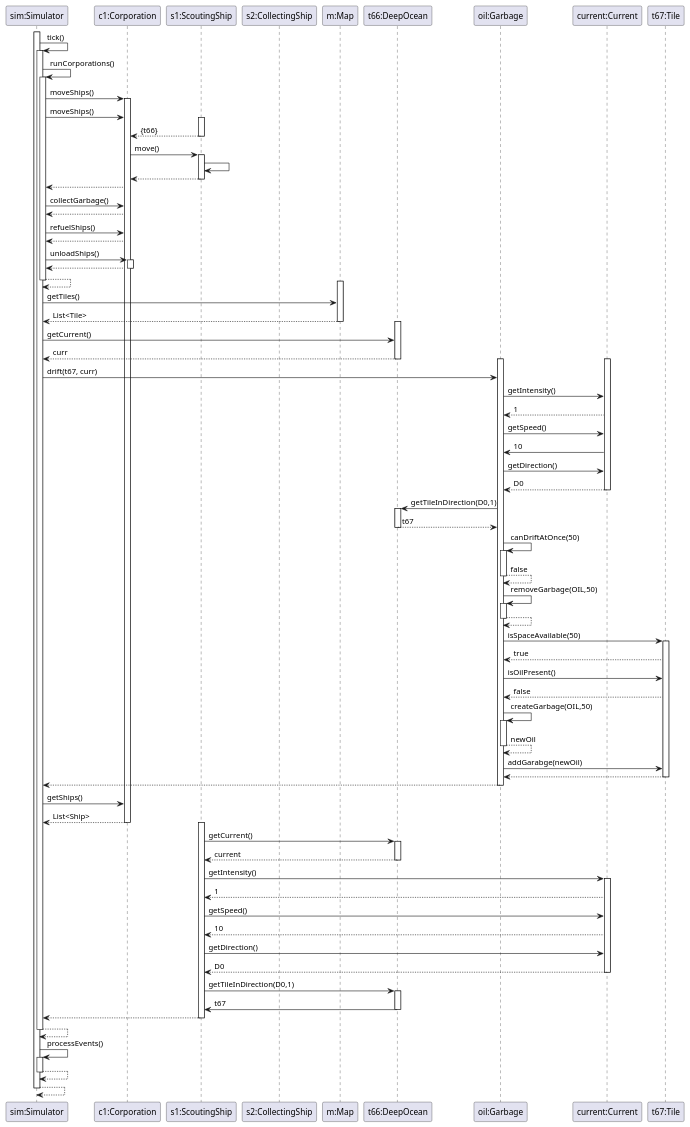
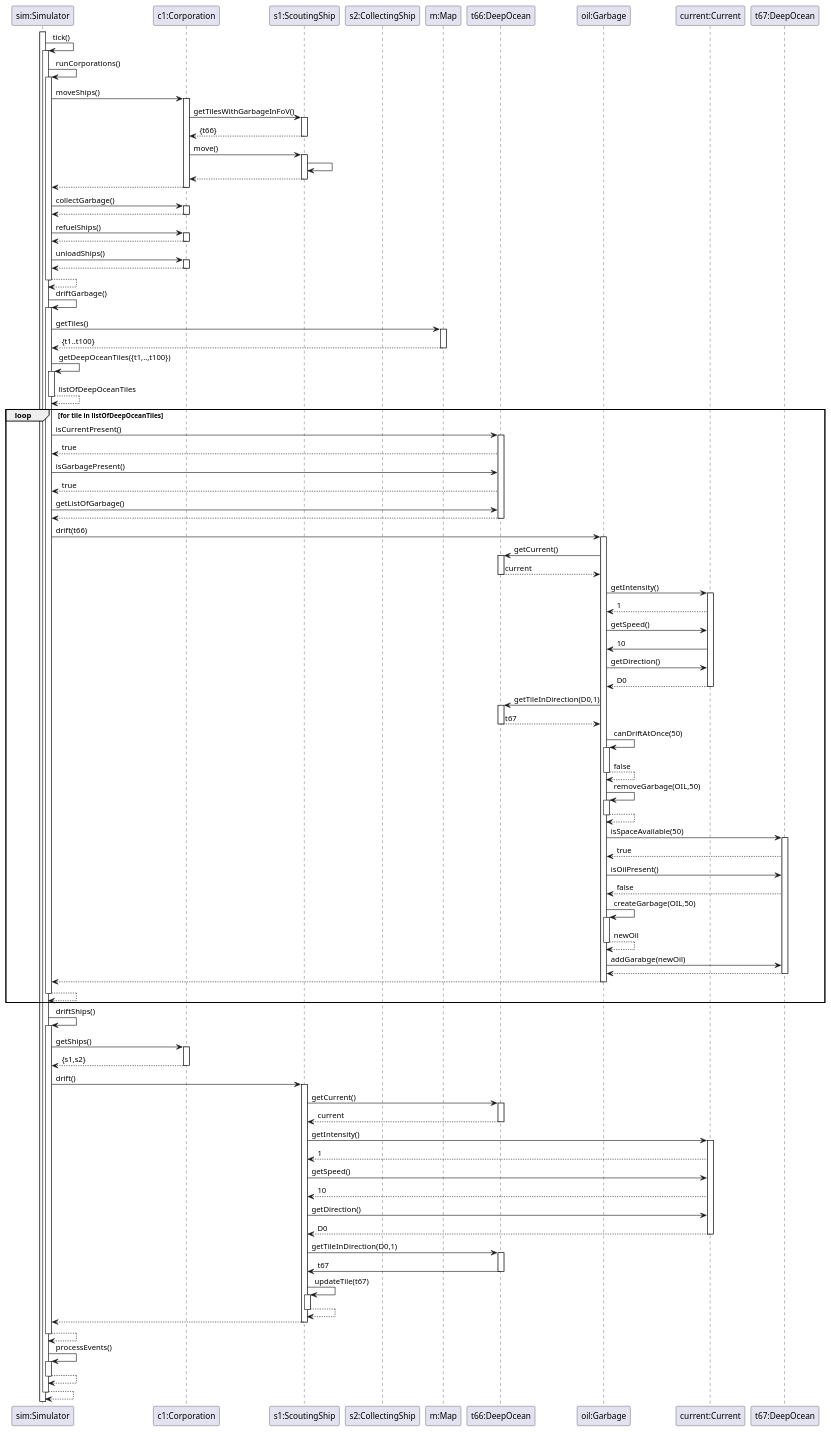
One commit to Atharvakore/Save-The-Saardines changed the diagram in SequenceTick25.puml. Above: the diagram before and after it, drawn with PlantUML.

Commit message:
latest sequence diagram

```diff
--- a/SequenceTick25.puml
+++ b/SequenceTick25.puml
@@ -7,7 +7,7 @@
 participant "t66:DeepOcean" as t66
 participant "oil:Garbage" as oil
 participant "current:Current" as current
-participant "t67:Tile" as t67
+participant "t67:DeepOcean" as t67
 
 
 
@@ -22,8 +22,8 @@
 
 s -> c1: moveShips()
 activate c1
-s -> c1: moveShips()
 
+c1 -> scouting: getTilesWithGarbageInFoV()
 activate scouting
 
 scouting --> c1: {t66}
@@ -41,12 +41,19 @@
 
 
 c1 --> s
+deactivate c1
+
 
 s -> c1: collectGarbage()
+activate c1
 c1--> s
+deactivate c1
+
 
 s -> c1: refuelShips()
+activate c1
 c1--> s
+deactivate c1
 
 s -> c1: unloadShips()
 activate c1
@@ -58,24 +65,50 @@
 s --> s
 deactivate s
 
+s -> s: driftGarbage()
+activate s
+
+s -> m: getTiles()
 activate m
-s -> m: getTiles()
-m --> s : List<Tile>
+
+m --> s : {t1..t100}
 deactivate m
 
+s -> s: getDeepOceanTiles({t1,..,t100})
+activate s
+
+s --> s: listOfDeepOceanTiles
+deactivate
+
+loop for tile in listOfDeepOceanTiles
+
+s -> t66: isCurrentPresent()
 activate t66
-s -> t66: getCurrent()
-t66 --> s: curr
+
+t66 --> s:true
+
+s -> t66: isGarbagePresent()
+
+t66--> s: true
+
+s -> t66: getListOfGarbage()
+t66 --> s:
+
+
 deactivate t66
 
-' Here the problem is: Current can drift more than 1 tile, but we call drift(t67,curr)
-' without actually computing the destination tile, we just assume it goes there and then
-' query getIntensity() and getSpeed() which makes no sense at this point.
+s -> oil: drift(t66)
+activate oil
 
-activate oil
+oil -> t66: getCurrent()
+activate t66
+
+t66 --> oil: current
+deactivate t66
+
+oil -> current: getIntensity()
 activate current
-s -> oil: drift(t67, curr)
-oil -> current: getIntensity()
+
 current --> oil: 1
 
 
@@ -138,10 +171,20 @@
 oil --> s
 deactivate oil
 
+s --> s
+deactivate s
+end
+
+s -> s: driftShips()
+activate s
 
 s -> c1: getShips()
-c1 --> s: List<Ship>
+activate c1
+
+c1 --> s: {s1,s2}
+
 deactivate c1
+s -> scouting: drift()
 activate scouting
 
 scouting -> t66: getCurrent()
@@ -169,6 +212,12 @@
 t66 -> scouting: t67
 deactivate t66
 
+scouting -> scouting: updateTile(t67)
+activate scouting
+
+scouting --> scouting
+deactivate
+
 
 scouting --> s
 deactivate scouting
```
